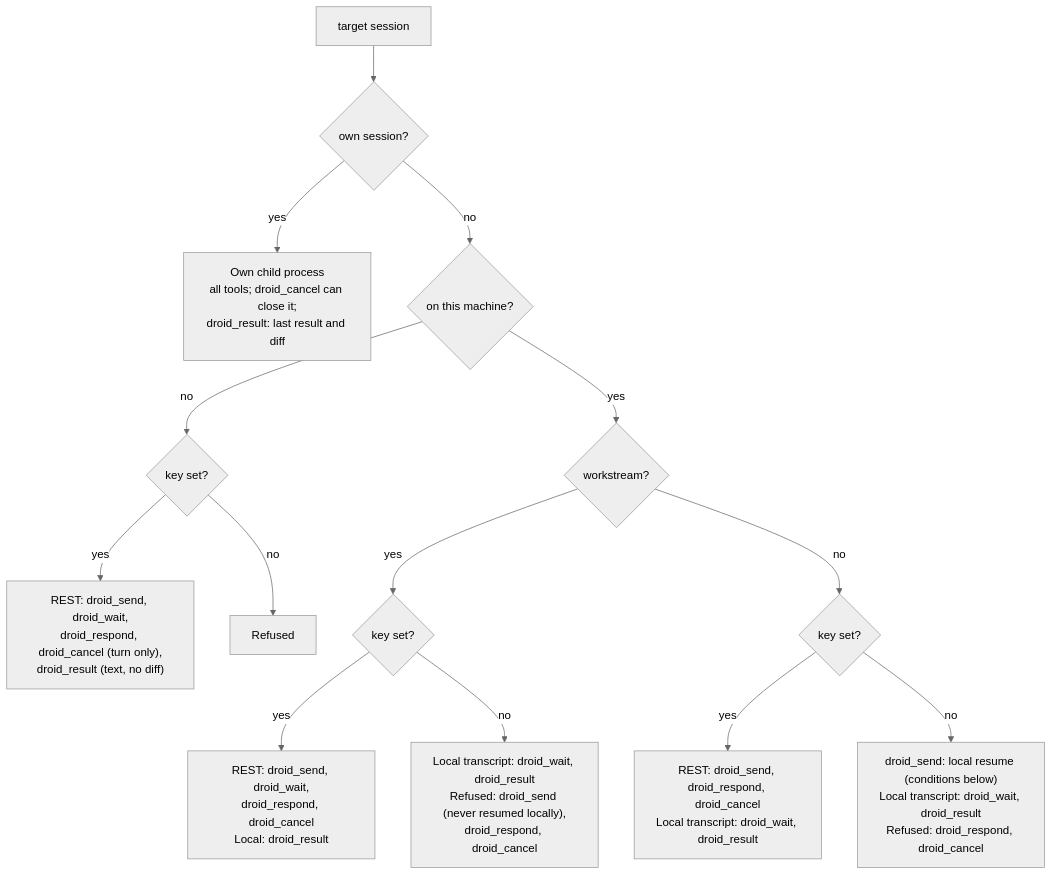
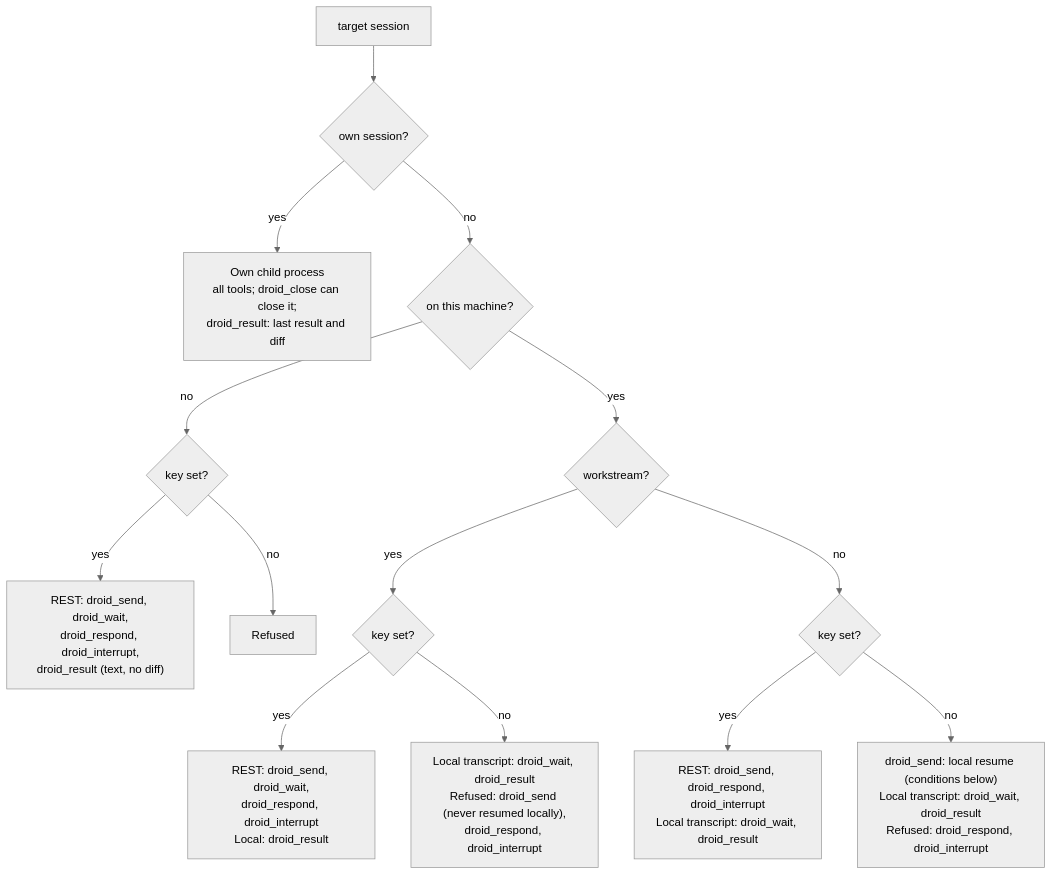
The second of 3 diagrams in README.md (Jason-Holt-Digital/droid-mcp), drawn with Mermaid (neutral theme) before and after one commit. The commit also changed other lines of this file and 10 other files, not shown here.

````diff
--- a/README.md
+++ b/README.md
@@ -512,16 +524,16 @@
 ```mermaid
 flowchart TD
   target["target session"] --> own{"own session?"}
-  own -->|yes| ownBox["Own child process<br/>all tools; droid_cancel can close it;<br/>droid_result: last result and diff"]
+  own -->|yes| ownBox["Own child process<br/>all tools; droid_close can close it;<br/>droid_result: last result and diff"]
   own -->|no| here{"on this machine?"}
   here -->|no| keyRemote{"key set?"}
-  keyRemote -->|yes| restRemote["REST: droid_send, droid_wait,<br/>droid_respond, droid_cancel (turn only),<br/>droid_result (text, no diff)"]
+  keyRemote -->|yes| restRemote["REST: droid_send, droid_wait,<br/>droid_respond, droid_interrupt,<br/>droid_result (text, no diff)"]
   keyRemote -->|no| refusedRemote["Refused"]
   here -->|yes| ws{"workstream?"}
   ws -->|yes| keyWs{"key set?"}
-  keyWs -->|yes| restWs["REST: droid_send, droid_wait,<br/>droid_respond, droid_cancel<br/>Local: droid_result"]
-  keyWs -->|no| localWs["Local transcript: droid_wait, droid_result<br/>Refused: droid_send (never resumed locally),<br/>droid_respond, droid_cancel"]
+  keyWs -->|yes| restWs["REST: droid_send, droid_wait,<br/>droid_respond, droid_interrupt<br/>Local: droid_result"]
+  keyWs -->|no| localWs["Local transcript: droid_wait, droid_result<br/>Refused: droid_send (never resumed locally),<br/>droid_respond, droid_interrupt"]
   ws -->|no| keyStd{"key set?"}
-  keyStd -->|yes| restStd["REST: droid_send, droid_respond, droid_cancel<br/>Local transcript: droid_wait, droid_result"]
-  keyStd -->|no| localStd["droid_send: local resume (conditions below)<br/>Local transcript: droid_wait, droid_result<br/>Refused: droid_respond, droid_cancel"]
+  keyStd -->|yes| restStd["REST: droid_send, droid_respond, droid_interrupt<br/>Local transcript: droid_wait, droid_result"]
+  keyStd -->|no| localStd["droid_send: local resume (conditions below)<br/>Local transcript: droid_wait, droid_result<br/>Refused: droid_respond, droid_interrupt"]
 ```
````
